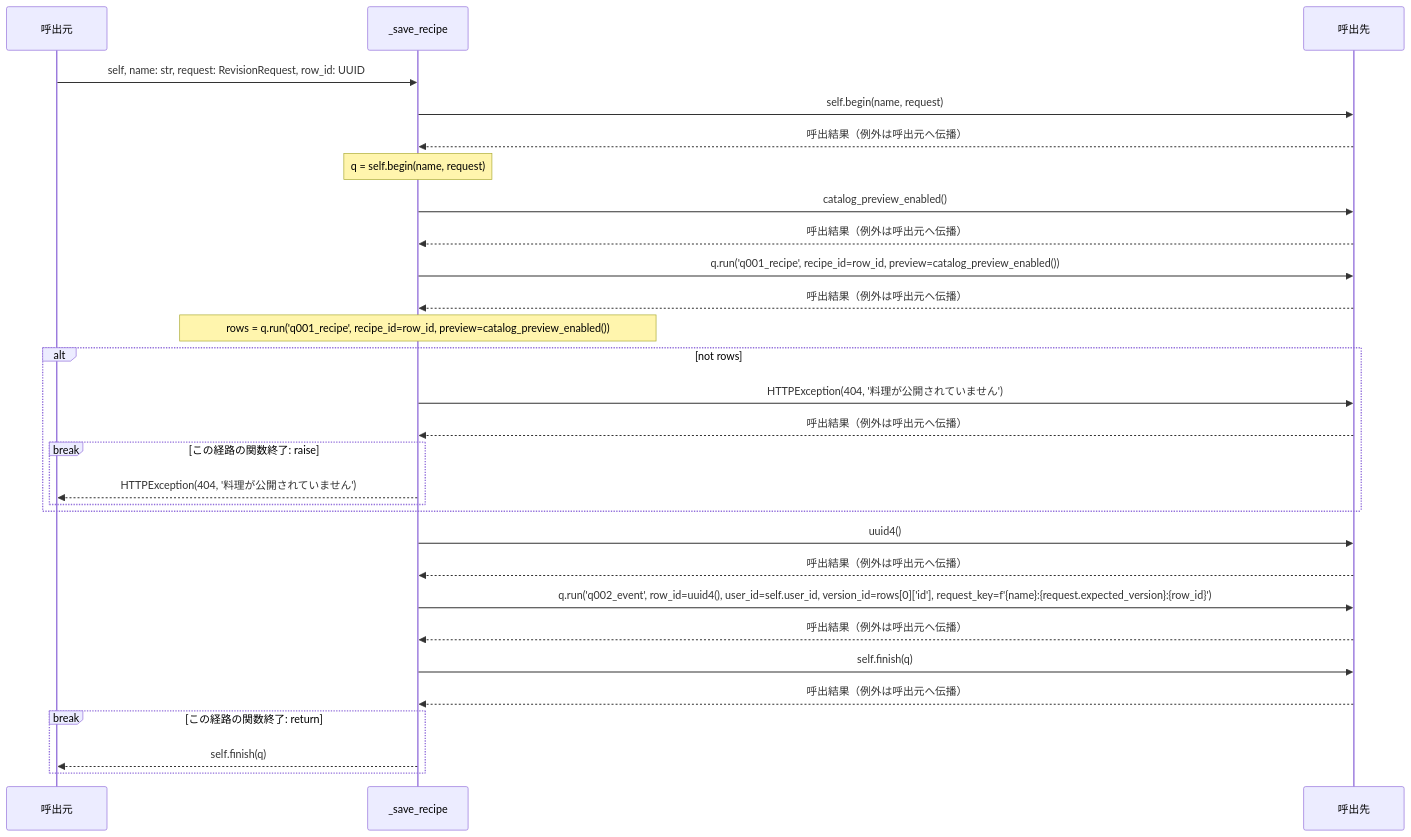
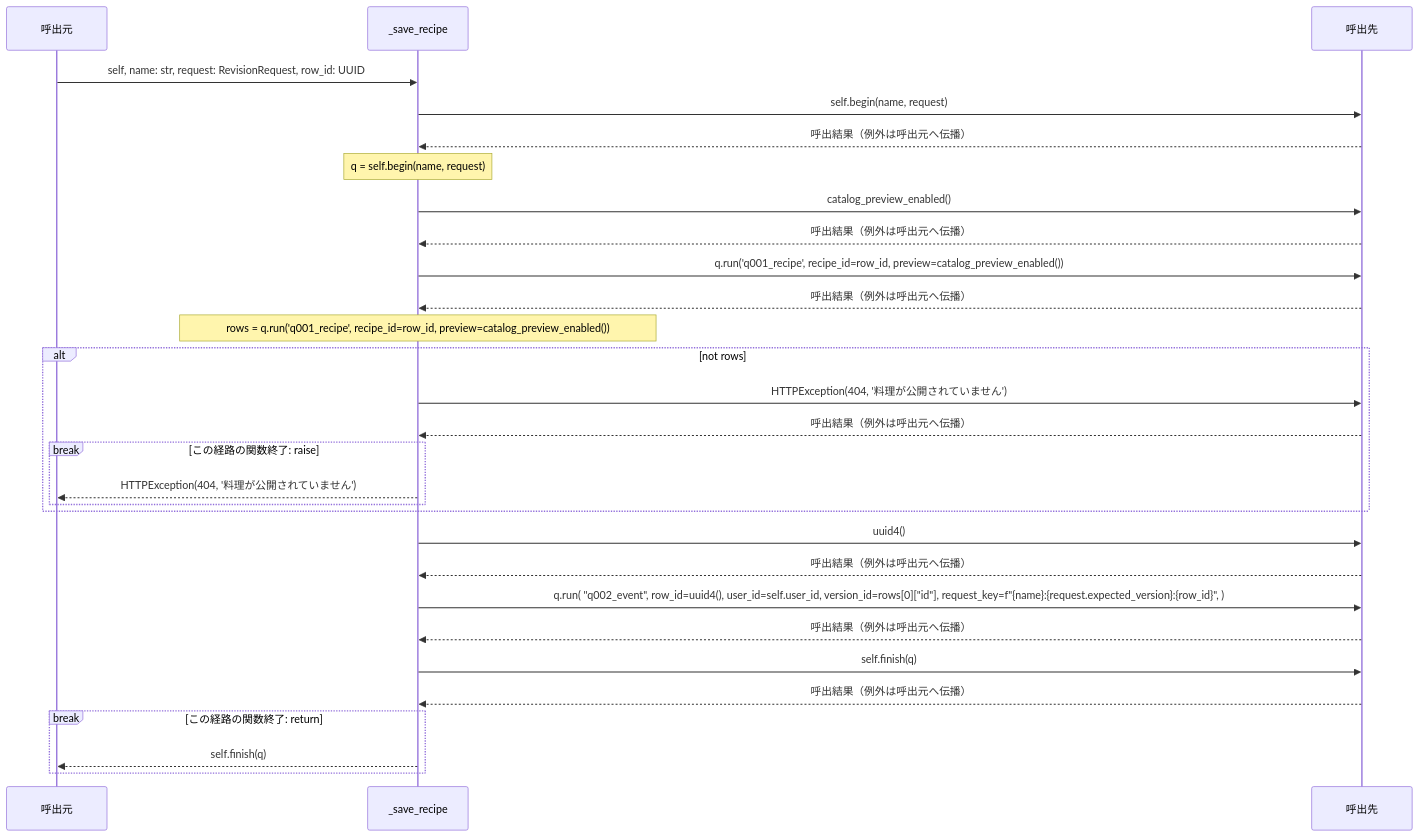
The tenth of 11 diagrams in docs/design/generated/api/operations/save_recipe/sequence.md (tsuji-tomonori/RecipeWeave), drawn with Mermaid before and after one commit. The commit also changed 320 other files, not shown here.

````diff
--- a/docs/design/generated/api/operations/save_recipe/sequence.md
+++ b/docs/design/generated/api/operations/save_recipe/sequence.md
@@ -227,31 +227,31 @@
 ```mermaid
 sequenceDiagram
     participant Caller as 呼出元
     participant Function as _save_recipe
     participant Callee as 呼出先
     Caller->>Function: self, name: str, request: RevisionRequest, row_id: UUID
     Function->>Callee: self.begin(name, request)
     Callee-->>Function: 呼出結果（例外は呼出元へ伝播）
     Note over Function: q = self.begin(name, request)
     Function->>Callee: catalog_preview_enabled()
     Callee-->>Function: 呼出結果（例外は呼出元へ伝播）
     Function->>Callee: q.run(#39;q001_recipe#39;, recipe_id=row_id, preview=catalog_preview_enabled())
     Callee-->>Function: 呼出結果（例外は呼出元へ伝播）
     Note over Function: rows = q.run(#39;q001_recipe#39;, recipe_id=row_id, preview=catalog_preview_enabled())
     alt not rows
         Function->>Callee: HTTPException(404, #39;料理が公開されていません#39;)
         Callee-->>Function: 呼出結果（例外は呼出元へ伝播）
         break この経路の関数終了: raise
             Function-->>Caller: HTTPException(404, #39;料理が公開されていません#39;)
         end
     end
     Function->>Callee: uuid4()
     Callee-->>Function: 呼出結果（例外は呼出元へ伝播）
-    Function->>Callee: q.run(#39;q002_event#39;, row_id=uuid4(), user_id=self.user_id, version_id=rows[0][#39;id#39;], request_key=f#39;{name}:{request.expected_version}:{row_id}#39;)
+    Function->>Callee: q.run(             #34;q002_event#34;,             row_id=uuid4(),             user_id=self.user_id,             version_id=rows[0][#34;id#34;],             request_key=f#34;{name}:{request.expected_version}:{row_id}#34;,         )
     Callee-->>Function: 呼出結果（例外は呼出元へ伝播）
     Function->>Callee: self.finish(q)
     Callee-->>Function: 呼出結果（例外は呼出元へ伝播）
     break この経路の関数終了: return
         Function-->>Caller: self.finish(q)
     end
 ```
````
